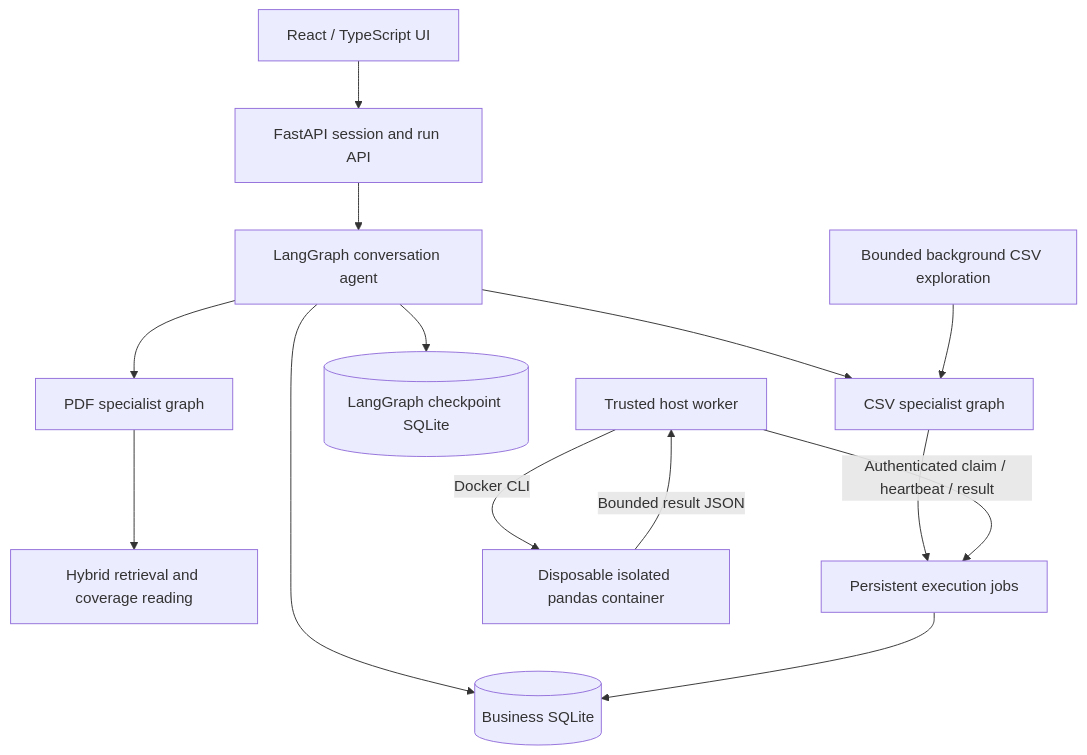
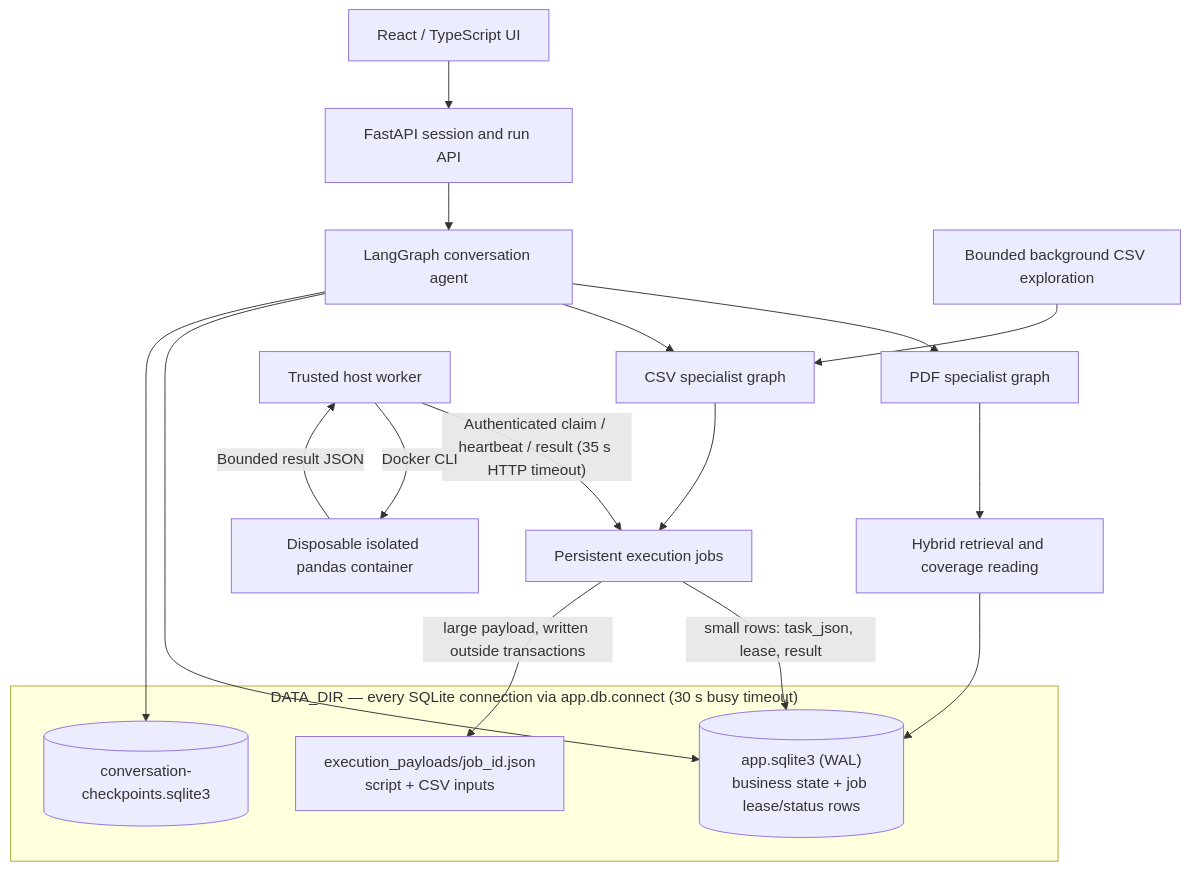
The first of 2 diagrams in README.md (LaoM10617/jingwenxu_siteco_docRetriever), drawn with Mermaid before and after one commit. The commit also changed other lines of this file and 18 other files, not shown here.

````diff
--- a/README.md
+++ b/README.md
@@ -30,16 +36,23 @@
 ```mermaid
 flowchart TD
     UI[React / TypeScript UI] --> API[FastAPI session and run API]
     API --> Main[LangGraph conversation agent]
     Main --> PDF[PDF specialist graph]
     Main --> CSV[CSV specialist graph]
     PDF --> Search[Hybrid retrieval and coverage reading]
     CSV --> Jobs[Persistent execution jobs]
     Explore[Bounded background CSV exploration] --> CSV
-    Main --> Business[(Business SQLite)]
-    Main --> Checkpoints[(LangGraph checkpoint SQLite)]
-    Jobs --> Business
-    Worker[Trusted host worker] -->|Authenticated claim / heartbeat / result| Jobs
+    subgraph Data["DATA_DIR — every SQLite connection via app.db.connect (30 s busy timeout)"]
+        Business[("app.sqlite3 (WAL)<br/>business state + job lease/status rows")]
+        Checkpoints[("conversation-checkpoints.sqlite3")]
+        Payloads["execution_payloads/job_id.json<br/>script + CSV inputs"]
+    end
+    Main --> Business
+    Main --> Checkpoints
+    Search --> Business
+    Jobs -->|"small rows: task_json, lease, result"| Business
+    Jobs -->|"large payload, written outside transactions"| Payloads
+    Worker[Trusted host worker] -->|"Authenticated claim / heartbeat / result (35 s HTTP timeout)"| Jobs
     Worker -->|Docker CLI| Sandbox[Disposable isolated pandas container]
     Sandbox -->|Bounded result JSON| Worker
 ```
````
